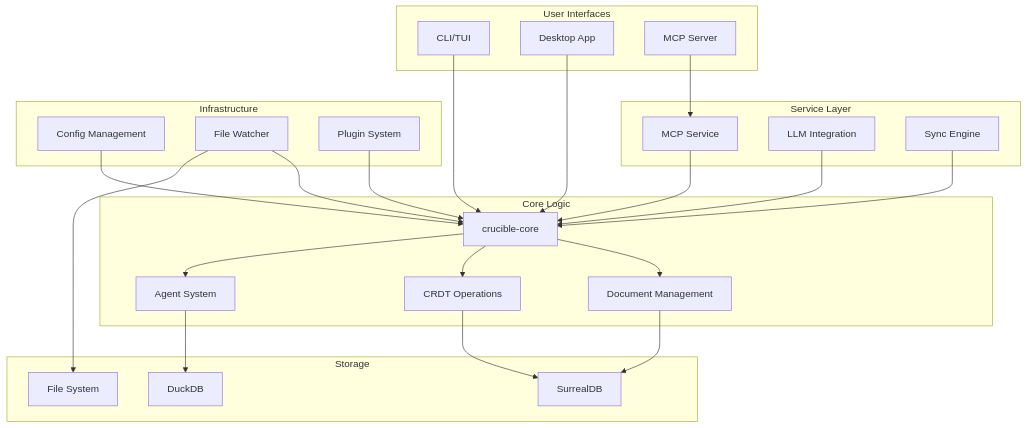
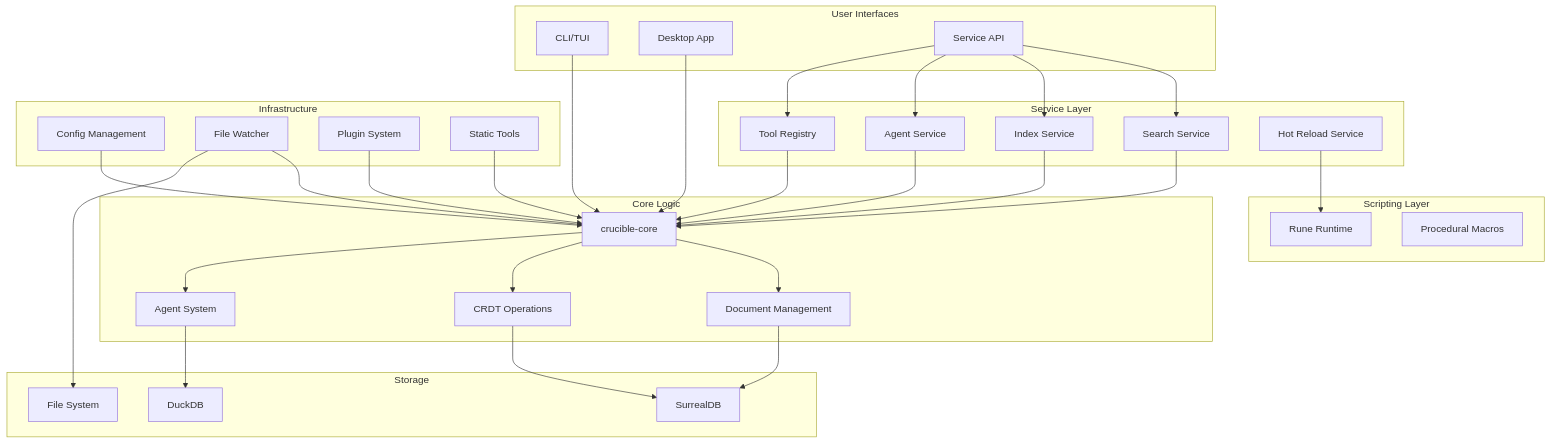
One commit to Mootikins/crucible changed the first of 5 diagrams in docs/ARCHITECTURE.md. Above: the diagram before and after it, drawn with Mermaid. The commit also changed other lines of this file and 83 other files, not shown here.

````diff
--- a/docs/ARCHITECTURE.md
+++ b/docs/ARCHITECTURE.md
@@ -11,55 +11,70 @@
 ```mermaid
 graph TB
     subgraph "User Interfaces"
         CLI[CLI/TUI]
         Desktop[Desktop App]
-        MCP[MCP Server]
+        ServiceAPI[Service API]
     end
 
     subgraph "Service Layer"
-        McpSvc[MCP Service]
-        LLM[LLM Integration]
-        Sync[Sync Engine]
+        Search[Search Service]
+        Index[Index Service]
+        Agent[Agent Service]
+        Tool[Tool Registry]
+        HotReload[Hot Reload Service]
     end
 
     subgraph "Core Logic"
         Core[crucible-core]
         Docs[Document Management]
         CRDT[CRDT Operations]
         Agents[Agent System]
     end
 
     subgraph "Infrastructure"
         Config[Config Management]
         Watch[File Watcher]
         Plugins[Plugin System]
+        Tools[Static Tools]
     end
 
     subgraph "Storage"
         Surreal[SurrealDB]
         Duck[DuckDB]
         Files[File System]
     end
 
+    subgraph "Scripting Layer"
+        Rune[Rune Runtime]
+        Macros[Procedural Macros]
+    end
+
     CLI --> Core
     Desktop --> Core
-    MCP --> McpSvc
+    ServiceAPI --> Search
+    ServiceAPI --> Index
+    ServiceAPI --> Agent
+    ServiceAPI --> Tool
 
-    McpSvc --> Core
-    LLM --> Core
-    Sync --> Core
+    Search --> Core
+    Index --> Core
+    Agent --> Core
+    Tool --> Core
+
+    HotReload --> Rune
 
     Core --> Docs
     Core --> CRDT
     Core --> Agents
 
     Docs --> Surreal
     CRDT --> Surreal
     Agents --> Duck
 
     Watch --> Core
     Config --> Core
     Plugins --> Core
 
+    Tools --> Core
     Watch --> Files
 ```
````
